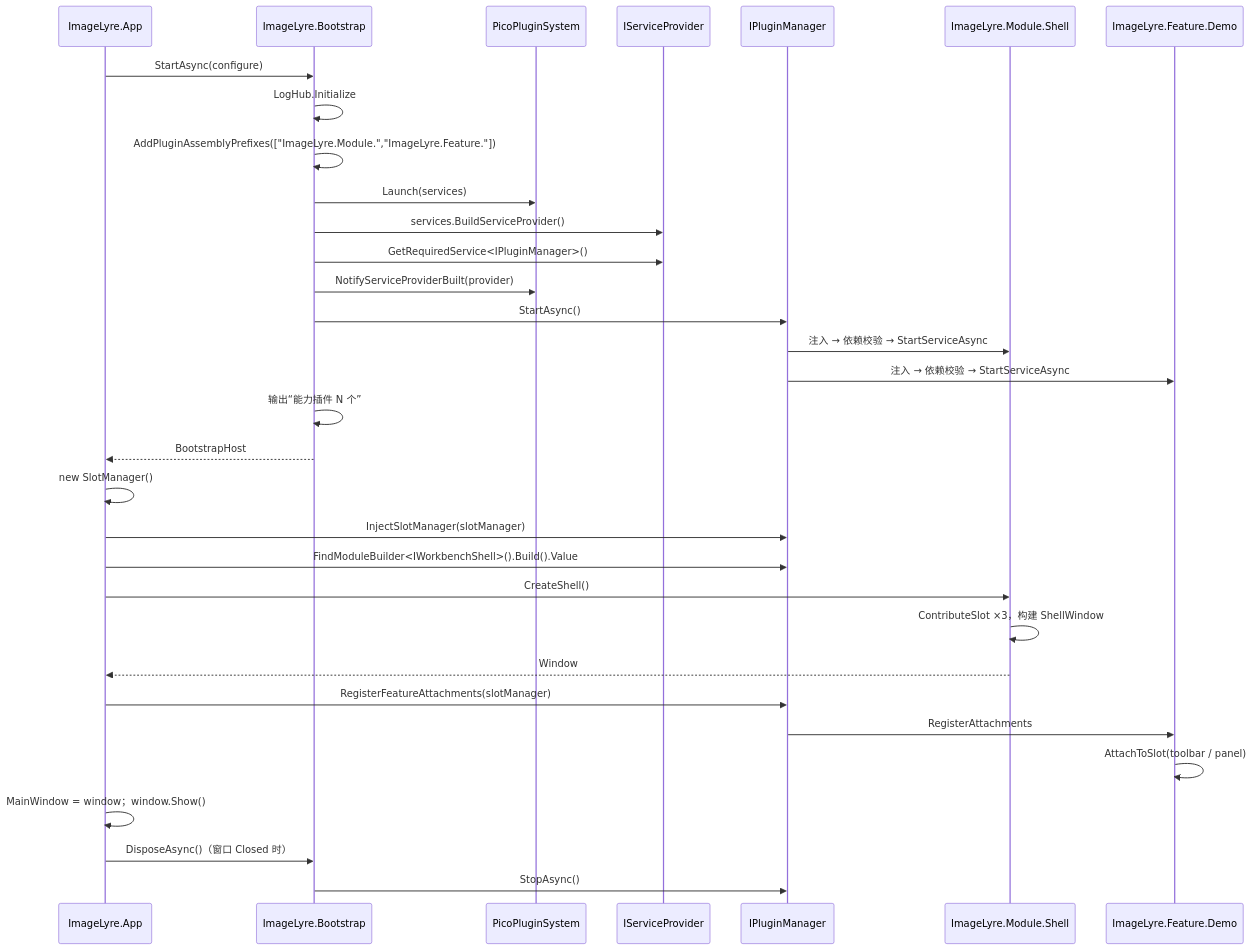
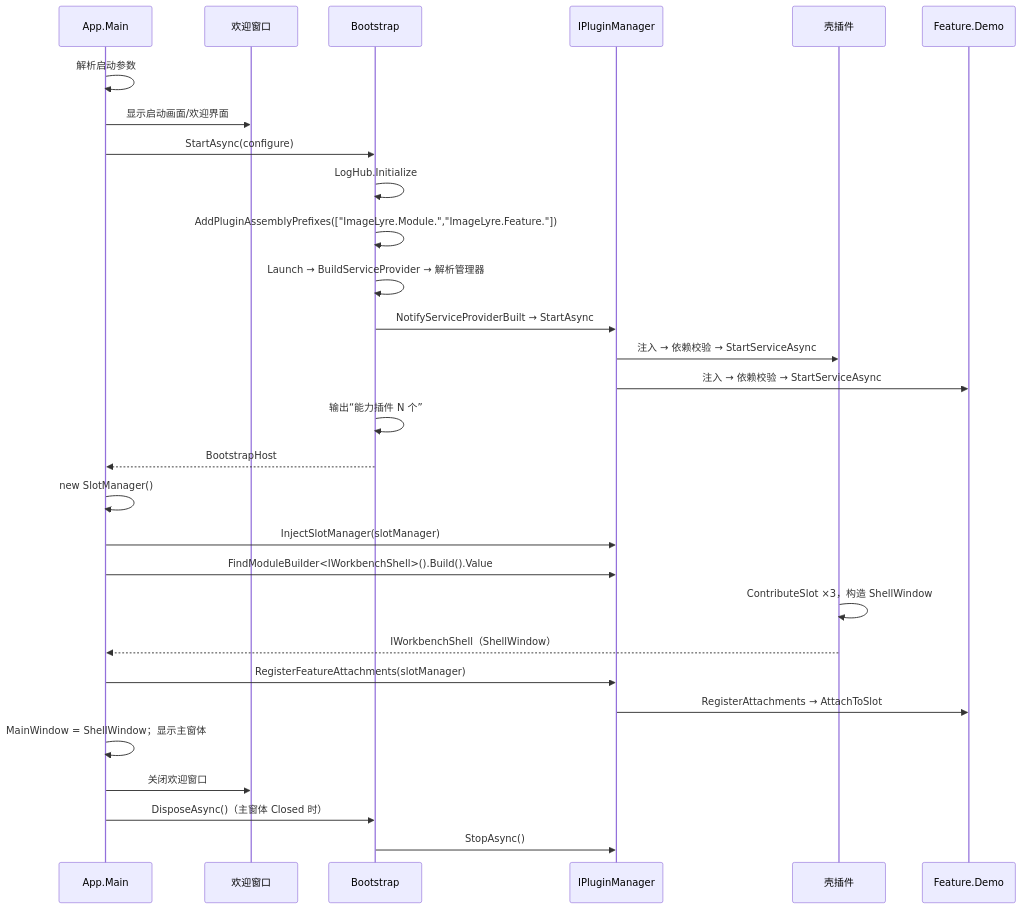
One commit to xknife-erian/ImageLyre changed the second of 2 diagrams in docs/design/lukan/DESIGN-0001-M1-插件骨架.md. Above: the diagram before and after it, drawn with Mermaid. The commit also changed other lines of this file and 1 other file, not shown here.

First line of the commit message:
docs(adr): 按 Mercury 模式收敛 App 职责并纳入欢迎界面

````diff
--- a/docs/design/lukan/DESIGN-0001-M1-插件骨架.md
+++ b/docs/design/lukan/DESIGN-0001-M1-插件骨架.md
@@ -101,35 +104,32 @@
 ```mermaid
 sequenceDiagram
-    participant App as ImageLyre.App
-    participant Boot as ImageLyre.Bootstrap
-    participant PS as PicoPluginSystem
-    participant SP as IServiceProvider
+    participant Entry as App.Main
+    participant Welcome as 欢迎窗口
+    participant Boot as Bootstrap
     participant Mgr as IPluginManager
-    participant Shell as ImageLyre.Module.Shell
-    participant Feat as ImageLyre.Feature.Demo
+    participant Shell as 壳插件
+    participant Feat as Feature.Demo
 
-    App->>Boot: StartAsync(configure)
+    Entry->>Entry: 解析启动参数
+    Entry->>Welcome: 显示启动画面/欢迎界面
+    Entry->>Boot: StartAsync(configure)
     Boot->>Boot: LogHub.Initialize
     Boot->>Boot: AddPluginAssemblyPrefixes(["ImageLyre.Module.","ImageLyre.Feature."])
-    Boot->>PS: Launch(services)
-    Boot->>SP: services.BuildServiceProvider()
-    Boot->>SP: GetRequiredService<IPluginManager>()
-    Boot->>PS: NotifyServiceProviderBuilt(provider)
-    Boot->>Mgr: StartAsync()
+    Boot->>Boot: Launch → BuildServiceProvider → 解析管理器
+    Boot->>Mgr: NotifyServiceProviderBuilt → StartAsync
     Mgr->>Shell: 注入 → 依赖校验 → StartServiceAsync
     Mgr->>Feat: 注入 → 依赖校验 → StartServiceAsync
     Boot->>Boot: 输出“能力插件 N 个”
-    Boot-->>App: BootstrapHost
-    App->>App: new SlotManager()
-    App->>Mgr: InjectSlotManager(slotManager)
-    App->>Mgr: FindModuleBuilder<IWorkbenchShell>().Build().Value
-    App->>Shell: CreateShell()
-    Shell->>Shell: ContributeSlot ×3，构建 ShellWindow
-    Shell-->>App: Window
-    App->>Mgr: RegisterFeatureAttachments(slotManager)
-    Mgr->>Feat: RegisterAttachments
-    Feat->>Feat: AttachToSlot(toolbar / panel)
-    App->>App: MainWindow = window；window.Show()
-    App->>Boot: DisposeAsync()（窗口 Closed 时）
+    Boot-->>Entry: BootstrapHost
+    Entry->>Entry: new SlotManager()
+    Entry->>Mgr: InjectSlotManager(slotManager)
+    Entry->>Mgr: FindModuleBuilder<IWorkbenchShell>().Build().Value
+    Shell->>Shell: ContributeSlot ×3，构造 ShellWindow
+    Shell-->>Entry: IWorkbenchShell（ShellWindow）
+    Entry->>Mgr: RegisterFeatureAttachments(slotManager)
+    Mgr->>Feat: RegisterAttachments → AttachToSlot
+    Entry->>Entry: MainWindow = ShellWindow；显示主窗体
+    Entry->>Welcome: 关闭欢迎窗口
+    Entry->>Boot: DisposeAsync()（主窗体 Closed 时）
     Boot->>Mgr: StopAsync()
 ```
````
